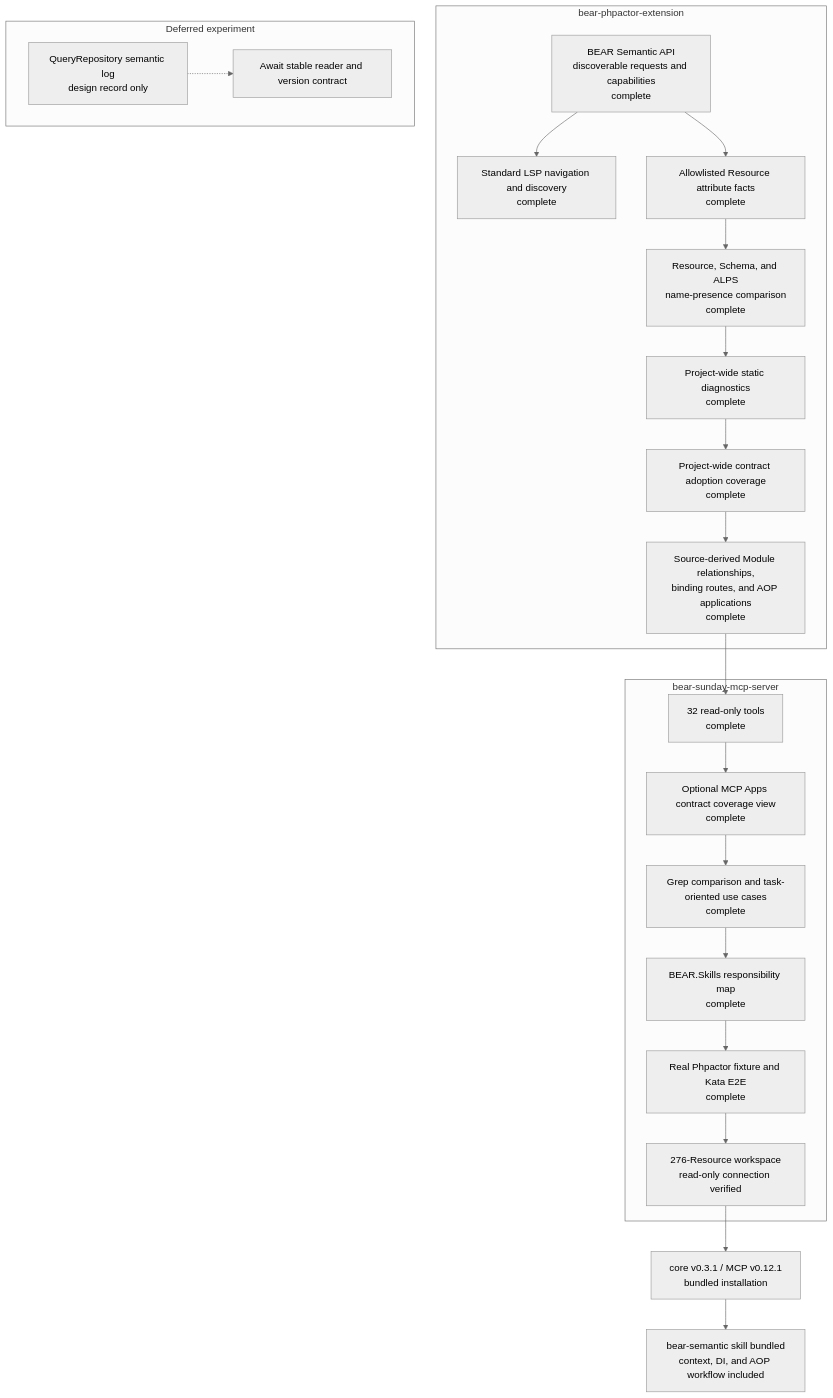
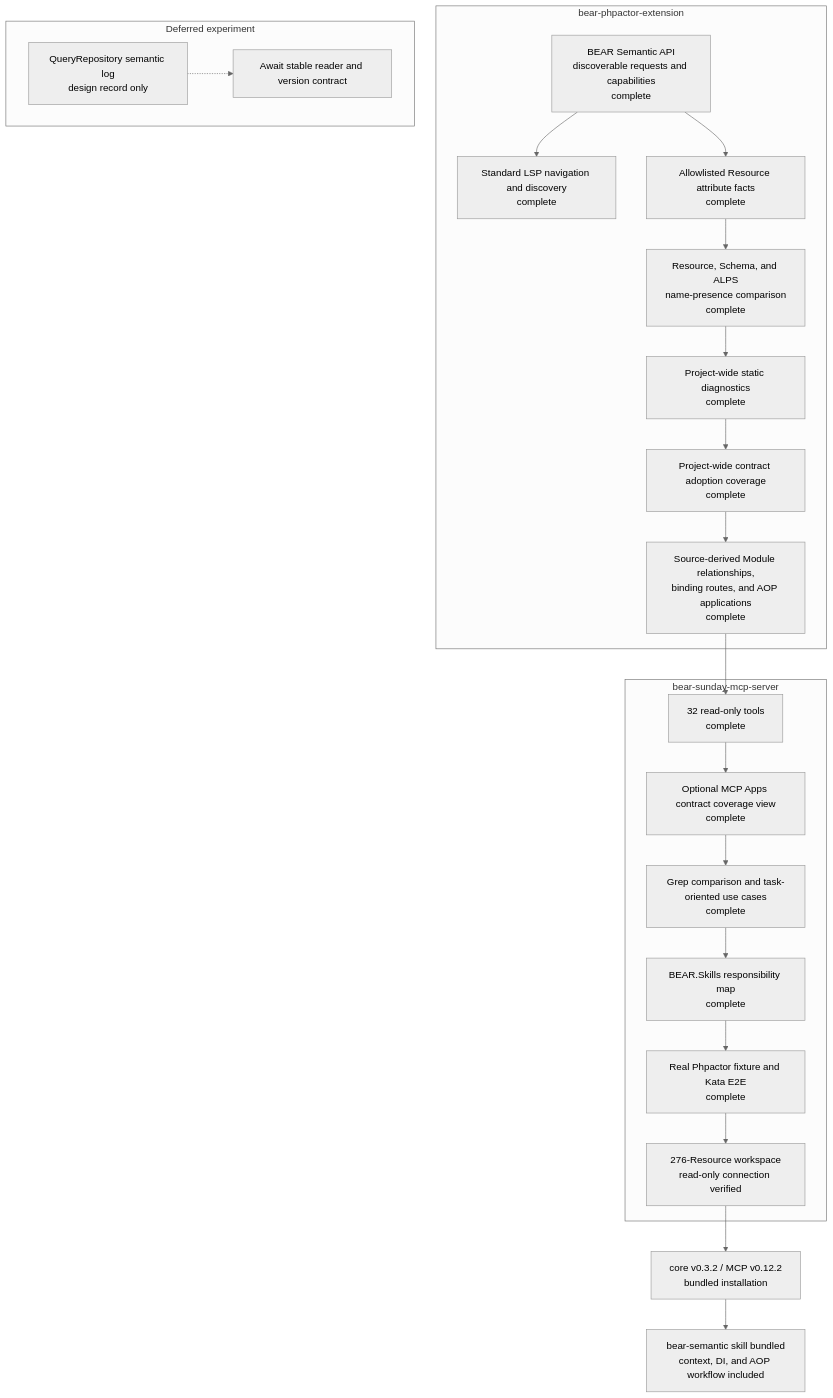
The diagram in docs/project-status.md (suzumaze/bear-sunday-mcp-server), drawn with Mermaid (neutral theme) before and after one commit. The commit also changed other lines of this file and 7 other files, not shown here.

````diff
--- a/docs/project-status.md
+++ b/docs/project-status.md
@@ -9,35 +9,35 @@
 ```mermaid
 flowchart TB
     subgraph Core["bear-phpactor-extension"]
         C1["BEAR Semantic API<br/>discoverable requests and capabilities<br/>complete"]
         C2["Standard LSP navigation and discovery<br/>complete"]
         C3["Allowlisted Resource attribute facts<br/>complete"]
         C4["Resource, Schema, and ALPS<br/>name-presence comparison<br/>complete"]
         C5["Project-wide static diagnostics<br/>complete"]
         C6["Project-wide contract adoption coverage<br/>complete"]
         C7["Source-derived Module relationships,<br/>binding routes, and AOP applications<br/>complete"]
         C1 --> C2
         C1 --> C3 --> C4 --> C5 --> C6 --> C7
     end
 
     subgraph MCP["bear-sunday-mcp-server"]
         M1["32 read-only tools<br/>complete"]
         M0["Optional MCP Apps contract coverage view<br/>complete"]
         M2["Grep comparison and task-oriented use cases<br/>complete"]
         M3["BEAR.Skills responsibility map<br/>complete"]
         M4["Real Phpactor fixture and Kata E2E<br/>complete"]
         M5["276-Resource workspace<br/>read-only connection verified"]
         M1 --> M0 --> M2 --> M3 --> M4 --> M5
     end
 
     C7 --> M1
 
     subgraph Deferred["Deferred experiment"]
         D1["QueryRepository semantic log<br/>design record only"]
         D2["Await stable reader and version contract"]
         D1 -.-> D2
     end
 
-    M5 --> R1["core v0.3.1 / MCP v0.12.1<br/>bundled installation"]
+    M5 --> R1["core v0.3.2 / MCP v0.12.2<br/>bundled installation"]
     R1 --> S1["bear-semantic skill bundled<br/>context, DI, and AOP workflow included"]
 ```
````
